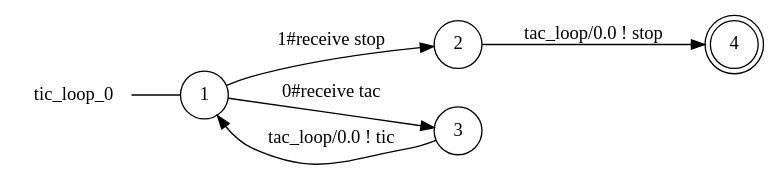
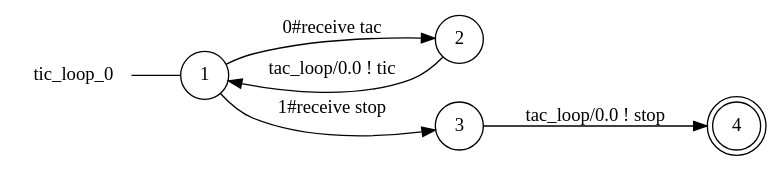
The diagram in examples/ticktackstop/tic_loop_0_local_view.dot (gabrielegenovese/chorer), drawn with Graphviz before and after one commit. The commit also changed 203 other files, not shown here.

```diff
--- a/examples/ticktackstop/tic_loop_0_local_view.dot
+++ b/examples/ticktackstop/tic_loop_0_local_view.dot
@@ -1,14 +1,14 @@
 digraph tic_loop_0 {
 	rankdir="LR";
 	n_0 [label="tic_loop_0", shape="plaintext"];
-	n_1 [id="1", shape=circle, label="1"];
-	n_0 -> n_1 [arrowhead=none];
-	n_2 [id="4", shape=doublecircle, label="4"];
-	n_3 [id="3", shape=circle, label="2"];
-	n_4 [id="2", shape=circle, label="3"];
+	n_1 [id="3", shape=circle, label="3"];
+	n_2 [id="2", shape=circle, label="2"];
+	n_3 [id="5", shape=doublecircle, label="4"];
+	n_4 [id="1", shape=circle, label="1"];
+	n_0 -> n_4 [arrowhead=none];
 
-	n_1 -> n_3 [id="[$e|2]", label="1#receive stop"];
-	n_1 -> n_4 [id="[$e|0]", label="0#receive tac"];
-	n_4 -> n_1 [id="[$e|6]", label="tac_loop/0.0 ! tic"];
-	n_3 -> n_2 [id="[$e|5]", label="tac_loop/0.0 ! stop"];
+	n_4 -> n_2 [id="[$e|0]", label="0#receive tac"];
+	n_2 -> n_4 [id="[$e|6]", label="tac_loop/0.0 ! tic"];
+	n_1 -> n_3 [id="[$e|3]", label="tac_loop/0.0 ! stop"];
+	n_4 -> n_1 [id="[$e|1]", label="1#receive stop"];
 }
```
